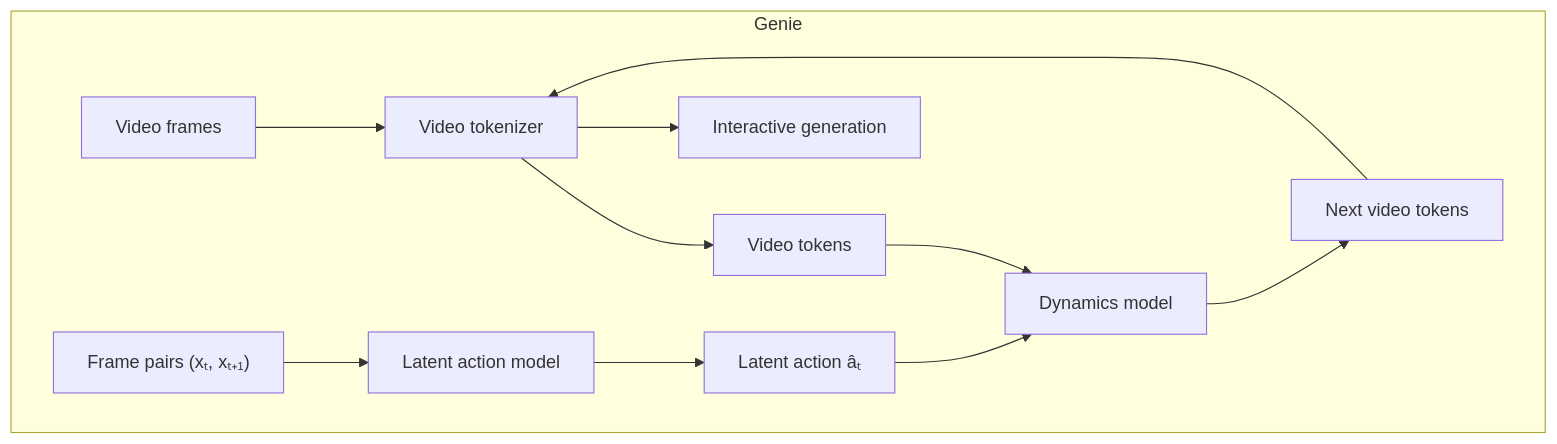
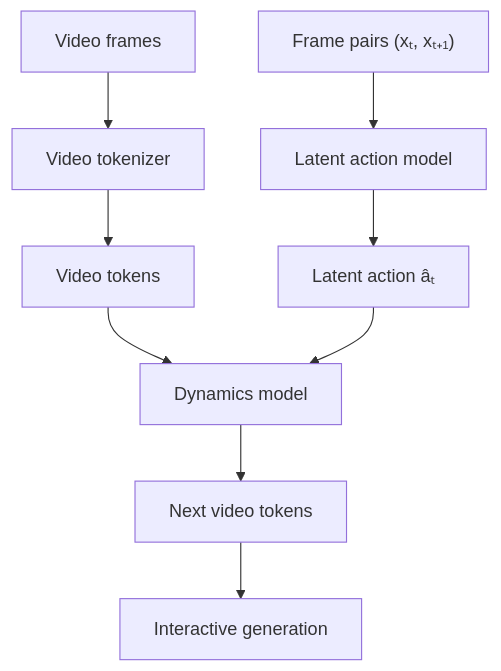
The diagram in docs/source/genie.md (ParamThakkar123/torchwm), drawn with Mermaid before and after one commit. The commit also changed other lines of this file and 1 other file, not shown here.

Commit message:
Clean up Genie docs page layout - remove redundant HTML diagram, use vertical layout for architecture diagrams

````diff
--- a/docs/source/genie.md
+++ b/docs/source/genie.md
@@ -24,13 +24,11 @@
 ```{mermaid}
 graph TD
-    subgraph "Genie"
-        J["Video frames"] --> K["Video tokenizer"]
-        K --> L["Video tokens"]
-        M["Frame pairs (xₜ, xₜ₊₁)"] --> N["Latent action model"]
-        N --> O["Latent action âₜ"]
-        L --> P["Dynamics model"]
-        O --> P
-        P --> Q["Next video tokens"]
-        Q --> K --> R["Interactive generation"]
-    end
+    J["Video frames"] --> K["Video tokenizer"]
+    K --> L["Video tokens"]
+    M["Frame pairs (xₜ, xₜ₊₁)"] --> N["Latent action model"]
+    N --> O["Latent action âₜ"]
+    L --> P["Dynamics model"]
+    O --> P
+    P --> Q["Next video tokens"]
+    Q --> R["Interactive generation"]
 ```
````
